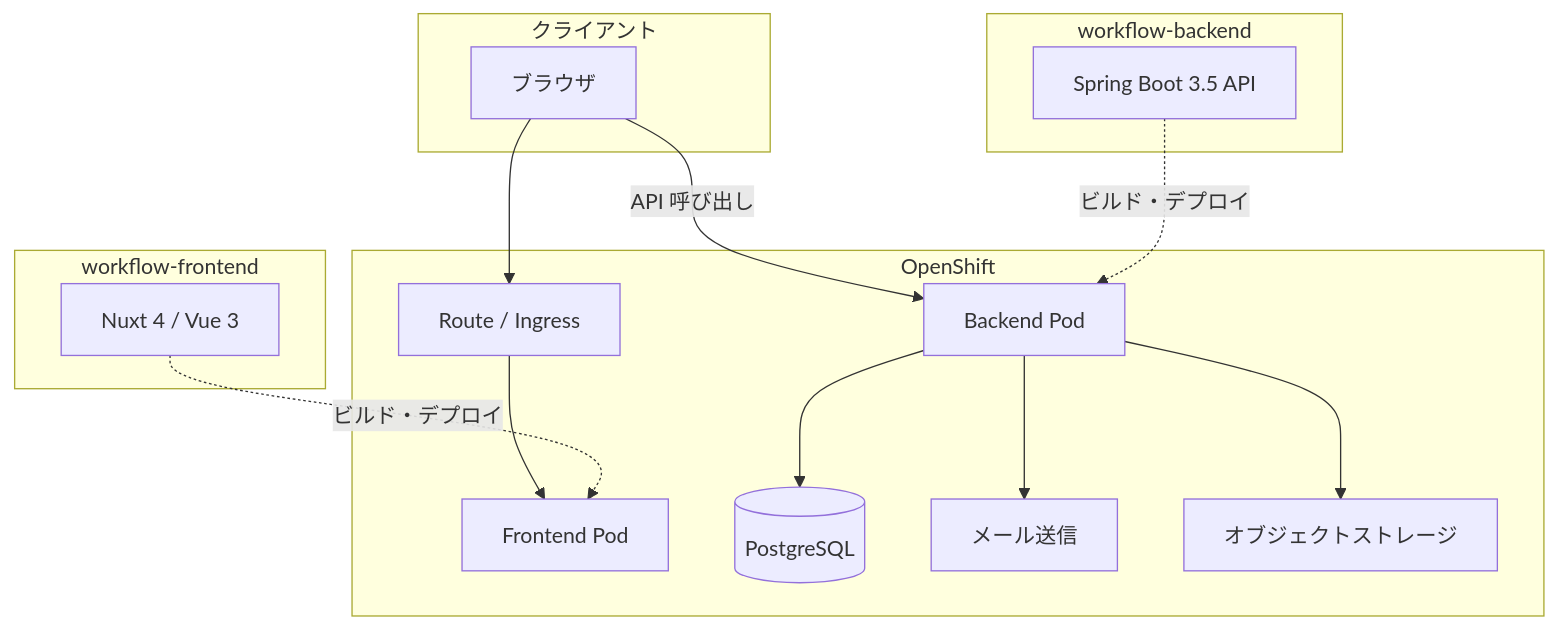
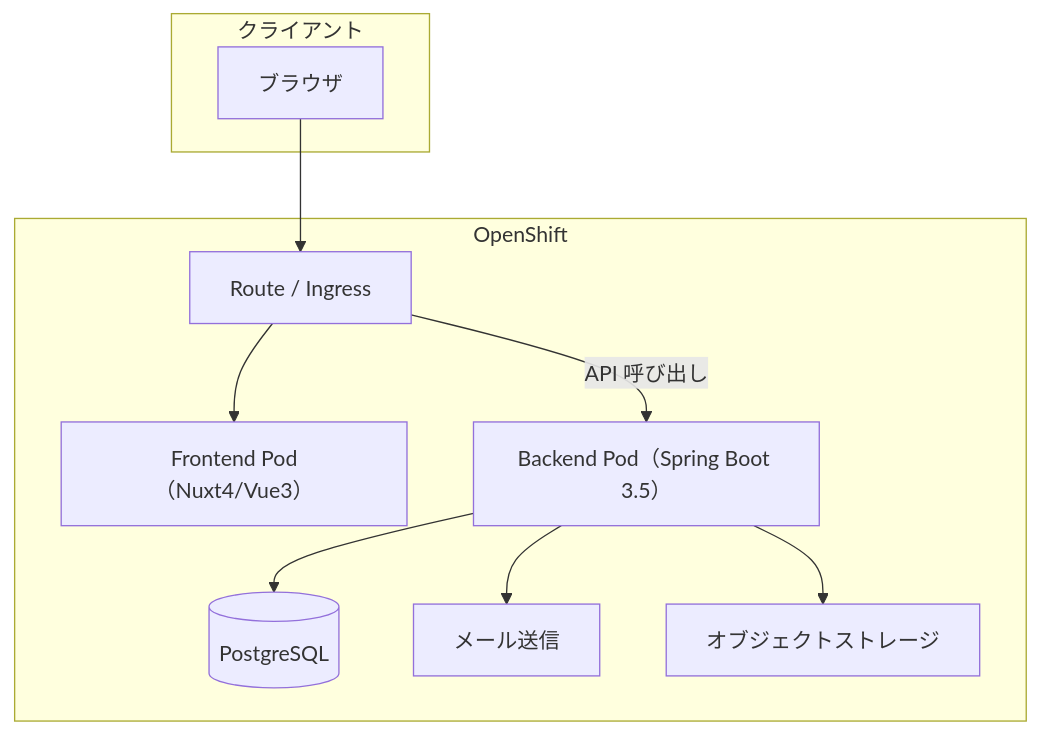
Before and after one commit to mosuke5/sdd-practice: the diagram in docs/design.md, drawn with Mermaid.

Commit message:
Update design documentation to clarify frontend and backend pod descriptions
- Revised the design.md file to enhance clarity by updating the labels for frontend and backend pods to include framework versions.
- Removed redundant subgraph definitions for frontend and backend workflows to streamline the documentation.
- Adjusted the flowchart connections to accurately reflect the API call relationships.

````diff
--- a/docs/design.md
+++ b/docs/design.md
@@ -24,32 +24,22 @@
 ```mermaid
 flowchart TB
   subgraph client [クライアント]
     Browser[ブラウザ]
   end
 
-  subgraph frontend_repo [workflow-frontend]
-    Nuxt[Nuxt 4 / Vue 3]
-  end
-
-  subgraph backend_repo [workflow-backend]
-  API[Spring Boot 3.5 API]
-  end
-
   subgraph infra [OpenShift]
     Route[Route / Ingress]
-    FE_Pod[Frontend Pod]
-    BE_Pod[Backend Pod]
+    FE_Pod["Frontend Pod（Nuxt4/Vue3）"]
+    BE_Pod["Backend Pod（Spring Boot 3.5）"]
     DB[(PostgreSQL)]
     Mail[メール送信]
     Storage[オブジェクトストレージ]
   end
 
   Browser --> Route
   Route --> FE_Pod
-  Nuxt -.->|ビルド・デプロイ| FE_Pod
-  Browser -->|API 呼び出し| BE_Pod
-  API -.->|ビルド・デプロイ| BE_Pod
+  Route -->|API 呼び出し| BE_Pod
   BE_Pod --> DB
   BE_Pod --> Mail
   BE_Pod --> Storage
 ```
````
